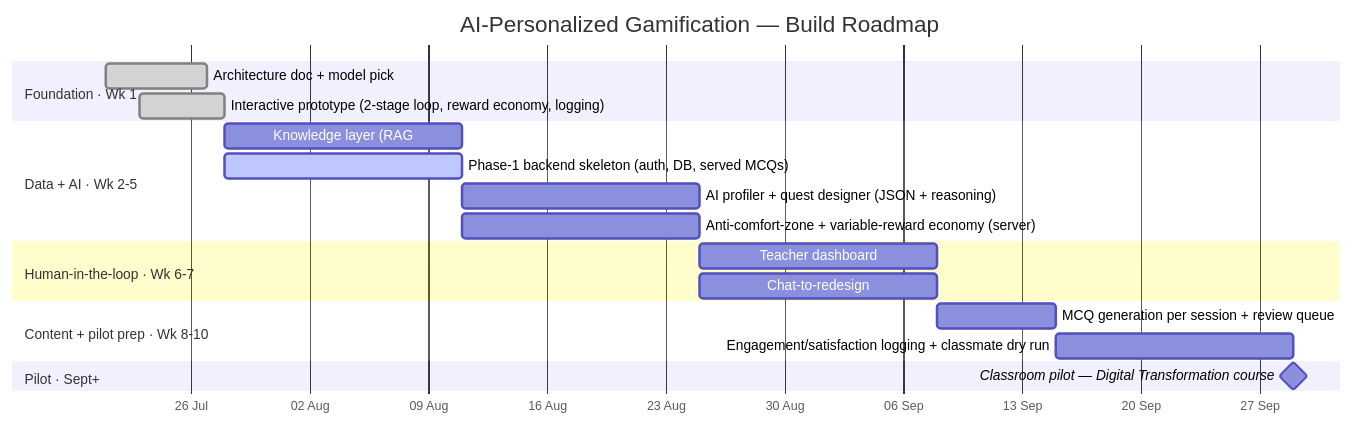
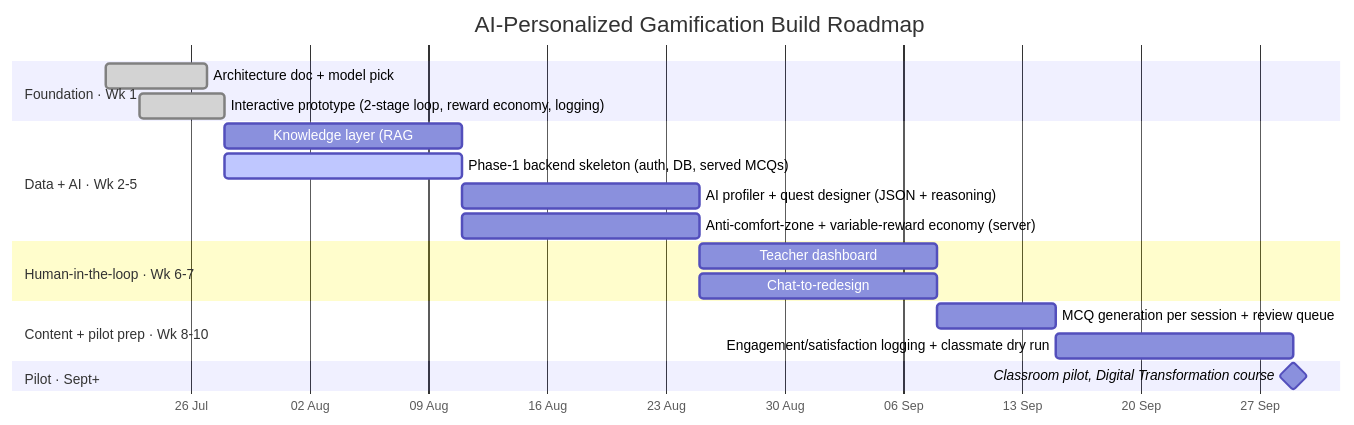
One commit to sumeet96/gamification-platform changed the first of 2 diagrams in docs/architecture/roadmap-and-flow.md. Above: the diagram before and after it, drawn with Mermaid. The commit also changed other lines of this file and 11 other files, not shown here.

````diff
--- a/docs/architecture/roadmap-and-flow.md
+++ b/docs/architecture/roadmap-and-flow.md
@@ -11,28 +11,28 @@
 ```mermaid
 gantt
-    title AI-Personalized Gamification — Build Roadmap
+    title AI-Personalized Gamification Build Roadmap
     dateFormat YYYY-MM-DD
     axisFormat %d %b
     todayMarker off
 
     section Foundation · Wk 1
     Architecture doc + model pick                         :done, f1, 2026-07-21, 6d
     Interactive prototype (2-stage loop, reward economy, logging) :done, f2, 2026-07-23, 5d
 
     section Data + AI · Wk 2-5
     Knowledge layer (RAG: Gamification book + course)     :b1, 2026-07-28, 14d
     Phase-1 backend skeleton (auth, DB, served MCQs)      :active, b2, 2026-07-28, 14d
     AI profiler + quest designer (JSON + reasoning)       :b3, 2026-08-11, 14d
     Anti-comfort-zone + variable-reward economy (server)  :b4, 2026-08-11, 14d
 
     section Human-in-the-loop · Wk 6-7
     Teacher dashboard: proposals + approve/edit/reject    :h1, 2026-08-25, 14d
     Chat-to-redesign                                      :h2, 2026-08-25, 14d
 
     section Content + pilot prep · Wk 8-10
     MCQ generation per session + review queue             :c1, 2026-09-08, 7d
     Engagement/satisfaction logging + classmate dry run   :c2, 2026-09-15, 14d
 
     section Pilot · Sept+
-    Classroom pilot — Digital Transformation course       :milestone, p1, 2026-09-29, 0d
+    Classroom pilot, Digital Transformation course        :milestone, p1, 2026-09-29, 0d
 ```
````
